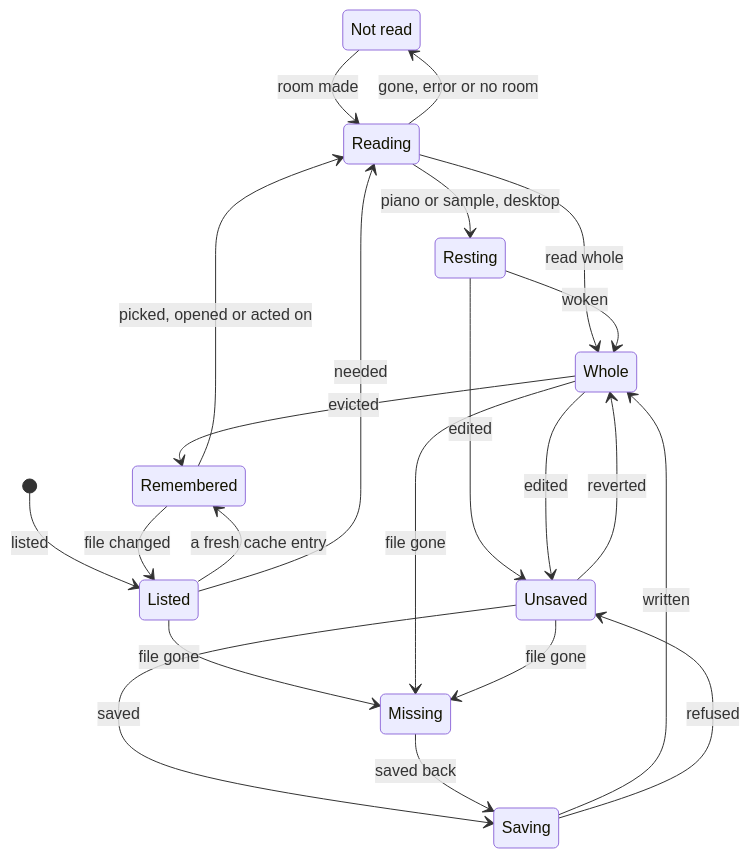
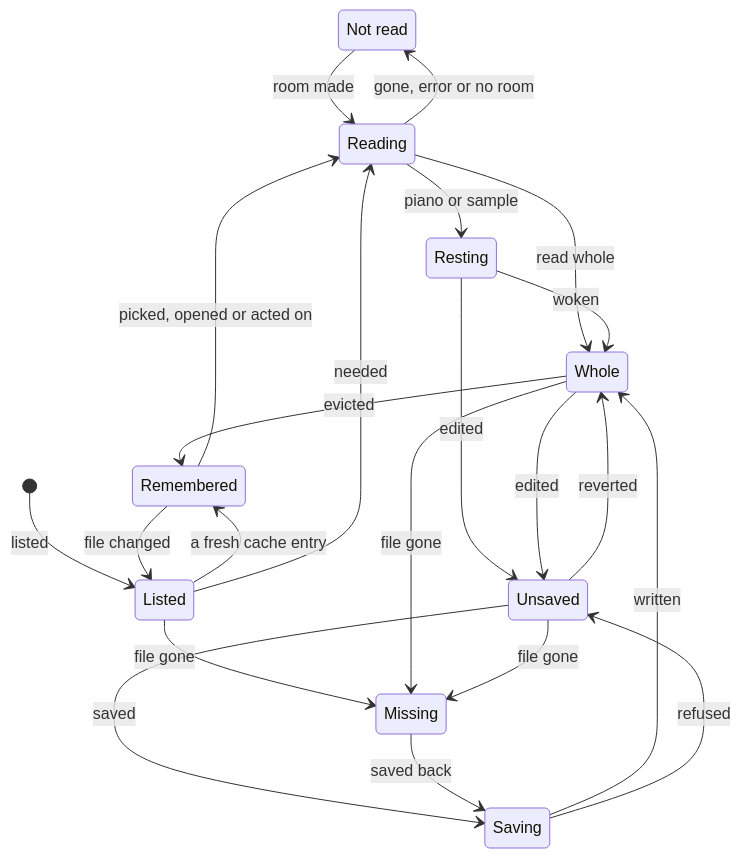
One commit to jmoo/drawbar changed the second of 6 diagrams in docs/src/reference/data-model.md. Above: the diagram before and after it, drawn with Mermaid. The commit also changed other lines of this file and 13 other files, not shown here.

````diff
--- a/docs/src/reference/data-model.md
+++ b/docs/src/reference/data-model.md
@@ -181,25 +181,25 @@
 ```mermaid
 stateDiagram-v2
     state "Not read" as NotRead
     [*] --> Listed: listed
     Listed --> Remembered: a fresh cache entry
     Listed --> Reading: needed
     Remembered --> Reading: picked, opened or acted on
     Remembered --> Listed: file changed
     Reading --> Whole: read whole
-    Reading --> Resting: piano or sample, desktop
+    Reading --> Resting: piano or sample
     Reading --> NotRead: gone, error or no room
     NotRead --> Reading: room made
     Resting --> Whole: woken
     Resting --> Unsaved: edited
     Whole --> Unsaved: edited
     Whole --> Remembered: evicted
     Unsaved --> Whole: reverted
     Unsaved --> Saving: saved
     Saving --> Whole: written
     Saving --> Unsaved: refused
     Listed --> Missing: file gone
     Whole --> Missing: file gone
     Unsaved --> Missing: file gone
     Missing --> Saving: saved back
 ```
````
